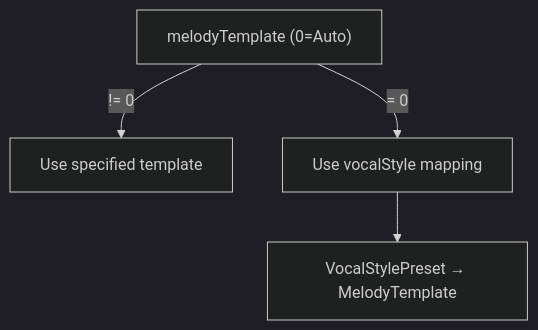
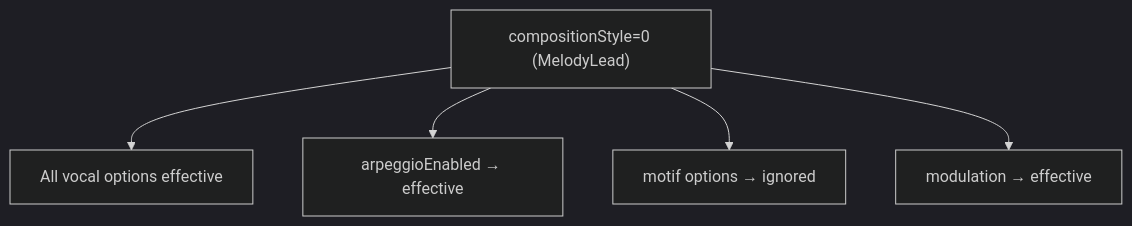
One commit to libraz/midi-sketch-homepage changed the seventh of 10 diagrams in src/docs/option-relationships.md. Above: the diagram before and after it, drawn with Mermaid (dark theme). The commit also changed other lines of this file and 16 other files, not shown here.

````diff
--- a/src/docs/option-relationships.md
+++ b/src/docs/option-relationships.md
@@ -115,6 +128,8 @@
 ```mermaid
 graph TD
-    melodyTemplate["melodyTemplate (0=Auto)"] --> |"!= 0"| MT["Use specified template"]
-    melodyTemplate --> |"= 0"| VS["Use vocalStyle mapping"]
-    VS --> VSM["VocalStylePreset → MelodyTemplate"]
+    ML["compositionStyle=0 (MelodyLead)"]
+    ML --> ML1["All vocal options effective"]
+    ML --> ML2["arpeggioEnabled → effective"]
+    ML --> ML3["motif options → ignored"]
+    ML --> ML4["modulation → effective"]
 ```
````
